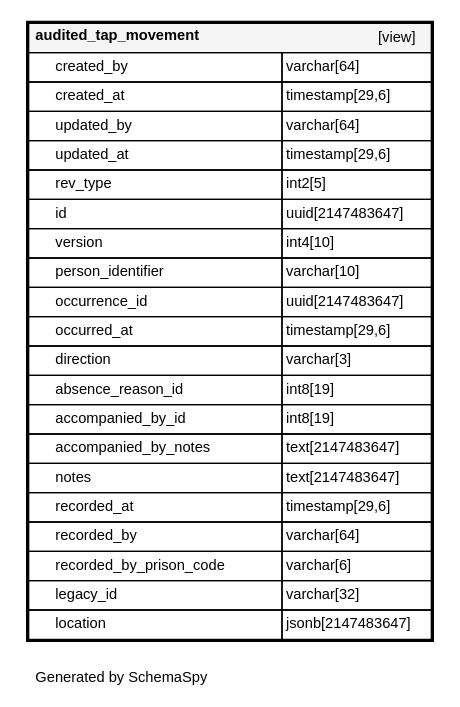
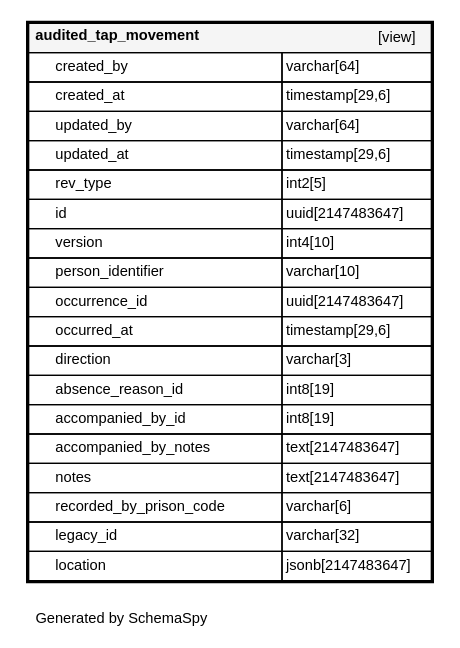
The diagram in schema-spy-report/diagrams/tables/audited_tap_movement.1degree.dot (ministryofjustice/hmpps-external-movements-api), drawn with Graphviz before and after one commit. The commit also changed 45 other files, not shown here.

```diff
--- a/schema-spy-report/diagrams/tables/audited_tap_movement.1degree.dot
+++ b/schema-spy-report/diagrams/tables/audited_tap_movement.1degree.dot
@@ -1,32 +1,30 @@
 digraph "oneDegreeRelationshipsDiagram" {
   graph [    rankdir="RL"    bgcolor="#ffffff"    label="\nGenerated by SchemaSpy"    labeljust="l"    nodesep="0.18"    ranksep="0.46"    fontname="Helvetica"    fontsize="11"    ration="compress"  ];  node [    fontname="Helvetica"    fontsize="11"    shape="plaintext"  ];  edge [    arrowsize="0.8"  ];
   "audited_tap_movement" [
    label=<
     <TABLE BORDER="2" CELLBORDER="1" CELLSPACING="0" BGCOLOR="#ffffff">
       <TR><TD COLSPAN="4"  BGCOLOR="#f5f5f5"><TABLE BORDER="0" CELLSPACING="0"><TR><TD ALIGN="LEFT" FIXEDSIZE="TRUE" WIDTH="157" HEIGHT="16"><B>audited_tap_movement</B></TD><TD ALIGN="RIGHT">[view]</TD></TR></TABLE></TD></TR>
       <TR><TD PORT="created_by" COLSPAN="2" ALIGN="LEFT"><TABLE BORDER="0" CELLSPACING="0" ALIGN="LEFT"><TR ALIGN="LEFT"><TD ALIGN="LEFT" FIXEDSIZE="TRUE" WIDTH="15" HEIGHT="16"></TD><TD ALIGN="LEFT" FIXEDSIZE="TRUE" WIDTH="169" HEIGHT="16">created_by</TD></TR></TABLE></TD><TD PORT="created_by.type" ALIGN="LEFT">varchar[64]</TD></TR>
       <TR><TD PORT="created_at" COLSPAN="2" ALIGN="LEFT"><TABLE BORDER="0" CELLSPACING="0" ALIGN="LEFT"><TR ALIGN="LEFT"><TD ALIGN="LEFT" FIXEDSIZE="TRUE" WIDTH="15" HEIGHT="16"></TD><TD ALIGN="LEFT" FIXEDSIZE="TRUE" WIDTH="169" HEIGHT="16">created_at</TD></TR></TABLE></TD><TD PORT="created_at.type" ALIGN="LEFT">timestamp[29,6]</TD></TR>
       <TR><TD PORT="updated_by" COLSPAN="2" ALIGN="LEFT"><TABLE BORDER="0" CELLSPACING="0" ALIGN="LEFT"><TR ALIGN="LEFT"><TD ALIGN="LEFT" FIXEDSIZE="TRUE" WIDTH="15" HEIGHT="16"></TD><TD ALIGN="LEFT" FIXEDSIZE="TRUE" WIDTH="169" HEIGHT="16">updated_by</TD></TR></TABLE></TD><TD PORT="updated_by.type" ALIGN="LEFT">varchar[64]</TD></TR>
       <TR><TD PORT="updated_at" COLSPAN="2" ALIGN="LEFT"><TABLE BORDER="0" CELLSPACING="0" ALIGN="LEFT"><TR ALIGN="LEFT"><TD ALIGN="LEFT" FIXEDSIZE="TRUE" WIDTH="15" HEIGHT="16"></TD><TD ALIGN="LEFT" FIXEDSIZE="TRUE" WIDTH="169" HEIGHT="16">updated_at</TD></TR></TABLE></TD><TD PORT="updated_at.type" ALIGN="LEFT">timestamp[29,6]</TD></TR>
       <TR><TD PORT="rev_type" COLSPAN="2" ALIGN="LEFT"><TABLE BORDER="0" CELLSPACING="0" ALIGN="LEFT"><TR ALIGN="LEFT"><TD ALIGN="LEFT" FIXEDSIZE="TRUE" WIDTH="15" HEIGHT="16"></TD><TD ALIGN="LEFT" FIXEDSIZE="TRUE" WIDTH="169" HEIGHT="16">rev_type</TD></TR></TABLE></TD><TD PORT="rev_type.type" ALIGN="LEFT">int2[5]</TD></TR>
       <TR><TD PORT="id" COLSPAN="2" ALIGN="LEFT"><TABLE BORDER="0" CELLSPACING="0" ALIGN="LEFT"><TR ALIGN="LEFT"><TD ALIGN="LEFT" FIXEDSIZE="TRUE" WIDTH="15" HEIGHT="16"></TD><TD ALIGN="LEFT" FIXEDSIZE="TRUE" WIDTH="169" HEIGHT="16">id</TD></TR></TABLE></TD><TD PORT="id.type" ALIGN="LEFT">uuid[2147483647]</TD></TR>
       <TR><TD PORT="version" COLSPAN="2" ALIGN="LEFT"><TABLE BORDER="0" CELLSPACING="0" ALIGN="LEFT"><TR ALIGN="LEFT"><TD ALIGN="LEFT" FIXEDSIZE="TRUE" WIDTH="15" HEIGHT="16"></TD><TD ALIGN="LEFT" FIXEDSIZE="TRUE" WIDTH="169" HEIGHT="16">version</TD></TR></TABLE></TD><TD PORT="version.type" ALIGN="LEFT">int4[10]</TD></TR>
       <TR><TD PORT="person_identifier" COLSPAN="2" ALIGN="LEFT"><TABLE BORDER="0" CELLSPACING="0" ALIGN="LEFT"><TR ALIGN="LEFT"><TD ALIGN="LEFT" FIXEDSIZE="TRUE" WIDTH="15" HEIGHT="16"></TD><TD ALIGN="LEFT" FIXEDSIZE="TRUE" WIDTH="169" HEIGHT="16">person_identifier</TD></TR></TABLE></TD><TD PORT="person_identifier.type" ALIGN="LEFT">varchar[10]</TD></TR>
       <TR><TD PORT="occurrence_id" COLSPAN="2" ALIGN="LEFT"><TABLE BORDER="0" CELLSPACING="0" ALIGN="LEFT"><TR ALIGN="LEFT"><TD ALIGN="LEFT" FIXEDSIZE="TRUE" WIDTH="15" HEIGHT="16"></TD><TD ALIGN="LEFT" FIXEDSIZE="TRUE" WIDTH="169" HEIGHT="16">occurrence_id</TD></TR></TABLE></TD><TD PORT="occurrence_id.type" ALIGN="LEFT">uuid[2147483647]</TD></TR>
       <TR><TD PORT="occurred_at" COLSPAN="2" ALIGN="LEFT"><TABLE BORDER="0" CELLSPACING="0" ALIGN="LEFT"><TR ALIGN="LEFT"><TD ALIGN="LEFT" FIXEDSIZE="TRUE" WIDTH="15" HEIGHT="16"></TD><TD ALIGN="LEFT" FIXEDSIZE="TRUE" WIDTH="169" HEIGHT="16">occurred_at</TD></TR></TABLE></TD><TD PORT="occurred_at.type" ALIGN="LEFT">timestamp[29,6]</TD></TR>
       <TR><TD PORT="direction" COLSPAN="2" ALIGN="LEFT"><TABLE BORDER="0" CELLSPACING="0" ALIGN="LEFT"><TR ALIGN="LEFT"><TD ALIGN="LEFT" FIXEDSIZE="TRUE" WIDTH="15" HEIGHT="16"></TD><TD ALIGN="LEFT" FIXEDSIZE="TRUE" WIDTH="169" HEIGHT="16">direction</TD></TR></TABLE></TD><TD PORT="direction.type" ALIGN="LEFT">varchar[3]</TD></TR>
       <TR><TD PORT="absence_reason_id" COLSPAN="2" ALIGN="LEFT"><TABLE BORDER="0" CELLSPACING="0" ALIGN="LEFT"><TR ALIGN="LEFT"><TD ALIGN="LEFT" FIXEDSIZE="TRUE" WIDTH="15" HEIGHT="16"></TD><TD ALIGN="LEFT" FIXEDSIZE="TRUE" WIDTH="169" HEIGHT="16">absence_reason_id</TD></TR></TABLE></TD><TD PORT="absence_reason_id.type" ALIGN="LEFT">int8[19]</TD></TR>
       <TR><TD PORT="accompanied_by_id" COLSPAN="2" ALIGN="LEFT"><TABLE BORDER="0" CELLSPACING="0" ALIGN="LEFT"><TR ALIGN="LEFT"><TD ALIGN="LEFT" FIXEDSIZE="TRUE" WIDTH="15" HEIGHT="16"></TD><TD ALIGN="LEFT" FIXEDSIZE="TRUE" WIDTH="169" HEIGHT="16">accompanied_by_id</TD></TR></TABLE></TD><TD PORT="accompanied_by_id.type" ALIGN="LEFT">int8[19]</TD></TR>
       <TR><TD PORT="accompanied_by_notes" COLSPAN="2" ALIGN="LEFT"><TABLE BORDER="0" CELLSPACING="0" ALIGN="LEFT"><TR ALIGN="LEFT"><TD ALIGN="LEFT" FIXEDSIZE="TRUE" WIDTH="15" HEIGHT="16"></TD><TD ALIGN="LEFT" FIXEDSIZE="TRUE" WIDTH="169" HEIGHT="16">accompanied_by_notes</TD></TR></TABLE></TD><TD PORT="accompanied_by_notes.type" ALIGN="LEFT">text[2147483647]</TD></TR>
       <TR><TD PORT="notes" COLSPAN="2" ALIGN="LEFT"><TABLE BORDER="0" CELLSPACING="0" ALIGN="LEFT"><TR ALIGN="LEFT"><TD ALIGN="LEFT" FIXEDSIZE="TRUE" WIDTH="15" HEIGHT="16"></TD><TD ALIGN="LEFT" FIXEDSIZE="TRUE" WIDTH="169" HEIGHT="16">notes</TD></TR></TABLE></TD><TD PORT="notes.type" ALIGN="LEFT">text[2147483647]</TD></TR>
-      <TR><TD PORT="recorded_at" COLSPAN="2" ALIGN="LEFT"><TABLE BORDER="0" CELLSPACING="0" ALIGN="LEFT"><TR ALIGN="LEFT"><TD ALIGN="LEFT" FIXEDSIZE="TRUE" WIDTH="15" HEIGHT="16"></TD><TD ALIGN="LEFT" FIXEDSIZE="TRUE" WIDTH="169" HEIGHT="16">recorded_at</TD></TR></TABLE></TD><TD PORT="recorded_at.type" ALIGN="LEFT">timestamp[29,6]</TD></TR>
-      <TR><TD PORT="recorded_by" COLSPAN="2" ALIGN="LEFT"><TABLE BORDER="0" CELLSPACING="0" ALIGN="LEFT"><TR ALIGN="LEFT"><TD ALIGN="LEFT" FIXEDSIZE="TRUE" WIDTH="15" HEIGHT="16"></TD><TD ALIGN="LEFT" FIXEDSIZE="TRUE" WIDTH="169" HEIGHT="16">recorded_by</TD></TR></TABLE></TD><TD PORT="recorded_by.type" ALIGN="LEFT">varchar[64]</TD></TR>
       <TR><TD PORT="recorded_by_prison_code" COLSPAN="2" ALIGN="LEFT"><TABLE BORDER="0" CELLSPACING="0" ALIGN="LEFT"><TR ALIGN="LEFT"><TD ALIGN="LEFT" FIXEDSIZE="TRUE" WIDTH="15" HEIGHT="16"></TD><TD ALIGN="LEFT" FIXEDSIZE="TRUE" WIDTH="169" HEIGHT="16">recorded_by_prison_code</TD></TR></TABLE></TD><TD PORT="recorded_by_prison_code.type" ALIGN="LEFT">varchar[6]</TD></TR>
       <TR><TD PORT="legacy_id" COLSPAN="2" ALIGN="LEFT"><TABLE BORDER="0" CELLSPACING="0" ALIGN="LEFT"><TR ALIGN="LEFT"><TD ALIGN="LEFT" FIXEDSIZE="TRUE" WIDTH="15" HEIGHT="16"></TD><TD ALIGN="LEFT" FIXEDSIZE="TRUE" WIDTH="169" HEIGHT="16">legacy_id</TD></TR></TABLE></TD><TD PORT="legacy_id.type" ALIGN="LEFT">varchar[32]</TD></TR>
       <TR><TD PORT="location" COLSPAN="2" ALIGN="LEFT"><TABLE BORDER="0" CELLSPACING="0" ALIGN="LEFT"><TR ALIGN="LEFT"><TD ALIGN="LEFT" FIXEDSIZE="TRUE" WIDTH="15" HEIGHT="16"></TD><TD ALIGN="LEFT" FIXEDSIZE="TRUE" WIDTH="169" HEIGHT="16">location</TD></TR></TABLE></TD><TD PORT="location.type" ALIGN="LEFT">jsonb[2147483647]</TD></TR>
     </TABLE>>
     URL="../../tables/audited_tap_movement.html"
     target="_top"
     tooltip="audited_tap_movement"
   ];
 }
```
